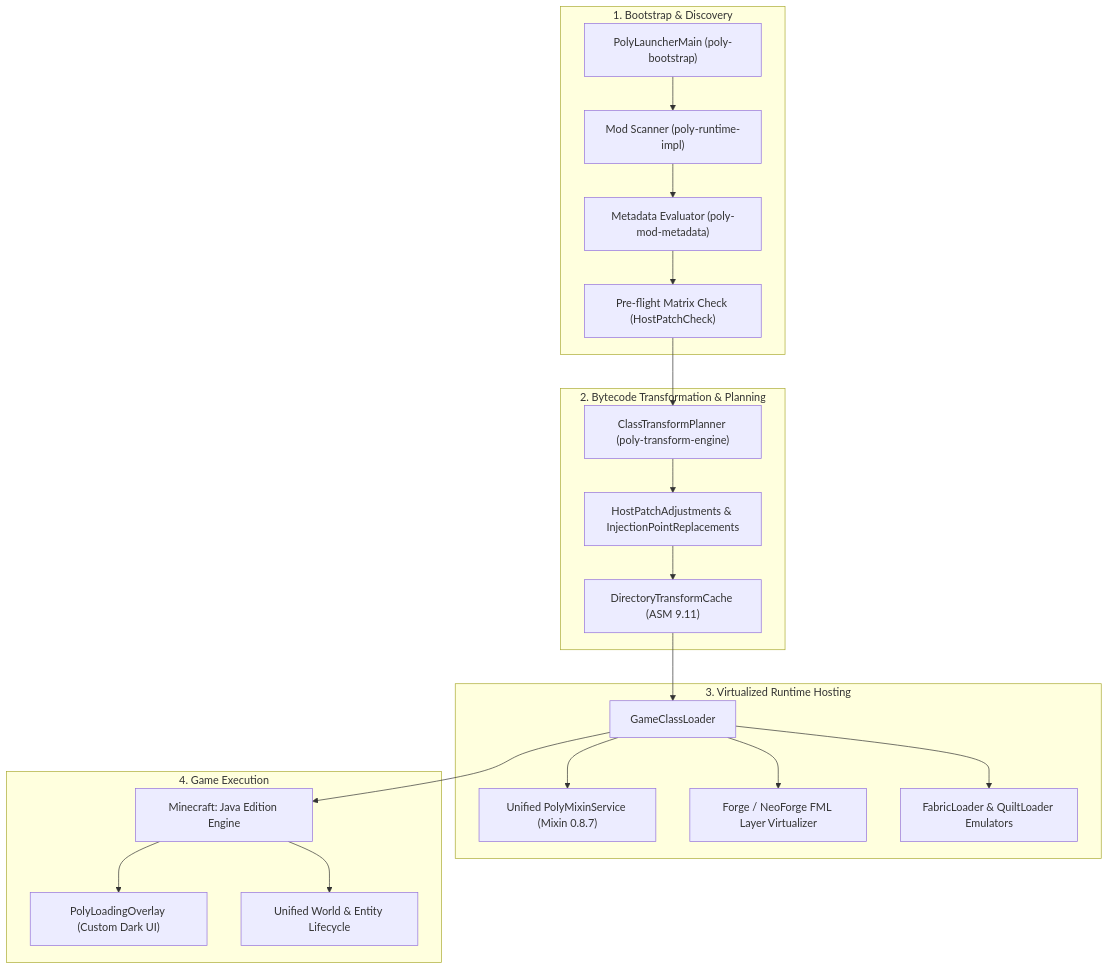
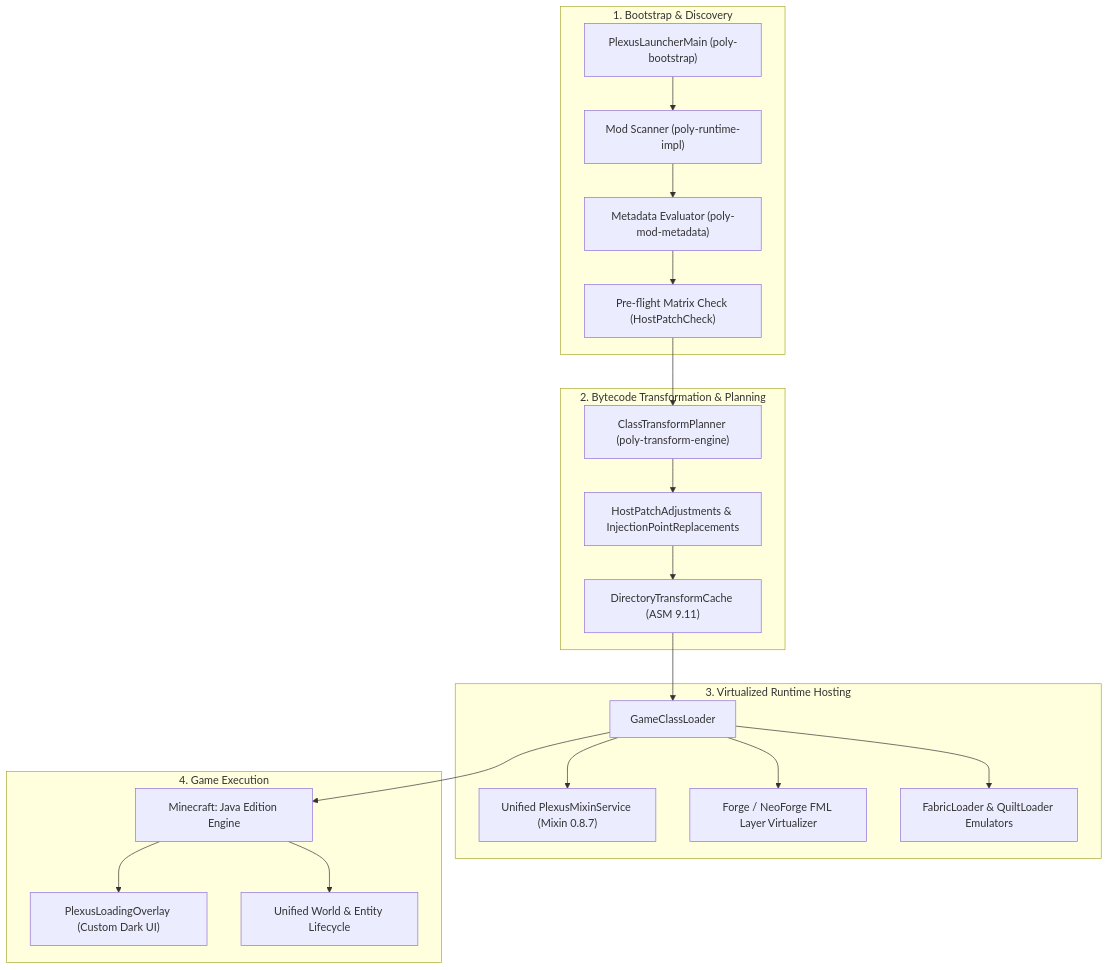
The diagram in ARCHITECTURE.md (xyrz47-spec/Plexus-Mod-Loader), drawn with Mermaid before and after one commit. The commit also changed other lines of this file and 294 other files, not shown here.

Commit message:
Rename internal Poly classes to Plexus

````diff
--- a/ARCHITECTURE.md
+++ b/ARCHITECTURE.md
@@ -11,27 +11,27 @@
 ```mermaid
 flowchart TD
     subgraph Launch["1. Bootstrap & Discovery"]
-        Entry["PolyLauncherMain (poly-bootstrap)"] --> Scanner["Mod Scanner (poly-runtime-impl)"]
+        Entry["PlexusLauncherMain (poly-bootstrap)"] --> Scanner["Mod Scanner (poly-runtime-impl)"]
         Scanner --> Metadata["Metadata Evaluator (poly-mod-metadata)"]
         Metadata --> Assess["Pre-flight Matrix Check (HostPatchCheck)"]
     end
 
     subgraph Planning["2. Bytecode Transformation & Planning"]
         Assess --> PlanEngine["ClassTransformPlanner (poly-transform-engine)"]
         PlanEngine --> Adjust["HostPatchAdjustments & InjectionPointReplacements"]
         Adjust --> Cache["DirectoryTransformCache (ASM 9.11)"]
     end
 
     subgraph Runtime["3. Virtualized Runtime Hosting"]
         Cache --> ClassLoader["GameClassLoader"]
-        ClassLoader --> MixinService["Unified PolyMixinService (Mixin 0.8.7)"]
+        ClassLoader --> MixinService["Unified PlexusMixinService (Mixin 0.8.7)"]
         ClassLoader --> ForgeHost["Forge / NeoForge FML Layer Virtualizer"]
         ClassLoader --> FabricHost["FabricLoader & QuiltLoader Emulators"]
     end
 
     subgraph Game["4. Game Execution"]
         ClassLoader --> Minecraft["Minecraft: Java Edition Engine"]
-        Minecraft --> Overlay["PolyLoadingOverlay (Custom Dark UI)"]
+        Minecraft --> Overlay["PlexusLoadingOverlay (Custom Dark UI)"]
         Minecraft --> World["Unified World & Entity Lifecycle"]
     end
 ```
````
